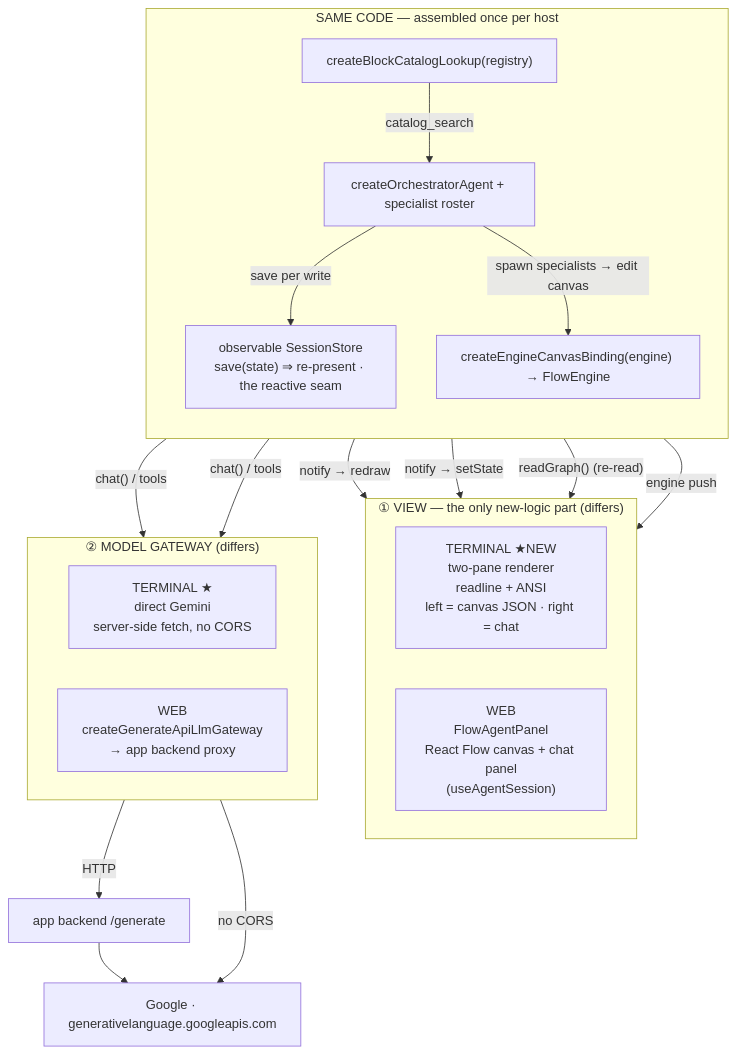
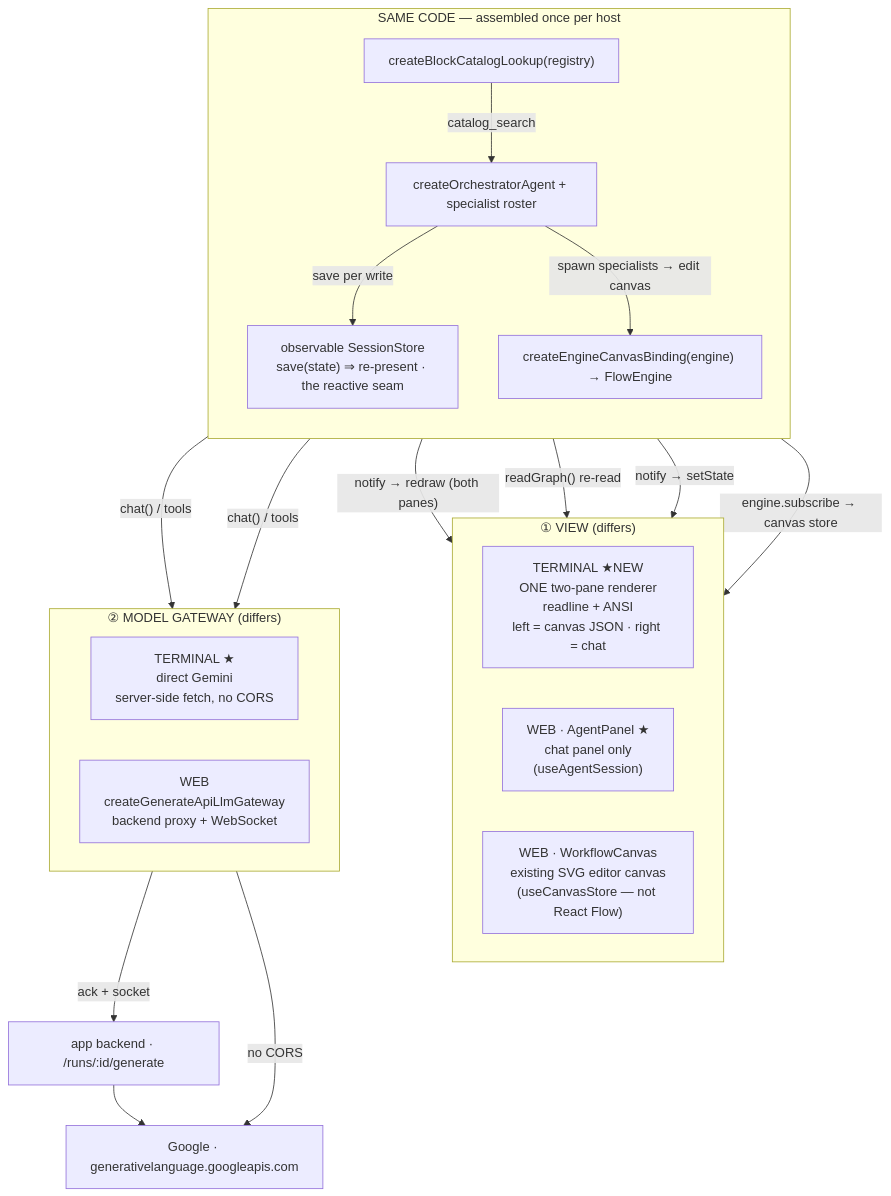
The first of 3 diagrams in docs/browser-agent/design/local-terminal.md (lemoncloud-io/eureka-flow), drawn with Mermaid before and after one commit. The commit also changed other lines of this file and 4 other files, not shown here.

First line of the commit message:
docs(agent): doc↔code accuracy pass for PR + local-terminal diagrams

````diff
--- a/docs/browser-agent/design/local-terminal.md
+++ b/docs/browser-agent/design/local-terminal.md
@@ -98,37 +102,38 @@
 ```mermaid
 flowchart TB
-  subgraph view["① VIEW — the only new-logic part (differs)"]
+  subgraph view["① VIEW (differs)"]
     direction LR
-    TV["TERMINAL ★NEW<br/>two-pane renderer<br/>readline + ANSI<br/>left = canvas JSON · right = chat"]
-    WV["WEB<br/>FlowAgentPanel<br/>React Flow canvas + chat panel<br/>(useAgentSession)"]
+    TV["TERMINAL ★NEW<br/>ONE two-pane renderer<br/>readline + ANSI<br/>left = canvas JSON · right = chat"]
+    WCHAT["WEB · AgentPanel ★<br/>chat panel only<br/>(useAgentSession)"]
+    WCANVAS["WEB · WorkflowCanvas<br/>existing SVG editor canvas<br/>(useCanvasStore — not React Flow)"]
   end
 
   subgraph core["SAME CODE — assembled once per host"]
     direction TB
     STORE["observable SessionStore<br/>save(state) ⇒ re-present · the reactive seam"]
     ORCH["createOrchestratorAgent + specialist roster"]
     BIND["createEngineCanvasBinding(engine) → FlowEngine"]
     CAT["createBlockCatalogLookup(registry)"]
     CAT -- "catalog_search" --> ORCH
     ORCH -- "spawn specialists → edit canvas" --> BIND
     ORCH -- "save per write" --> STORE
   end
 
   subgraph gw["② MODEL GATEWAY (differs)"]
     direction LR
     TG["TERMINAL ★<br/>direct Gemini<br/>server-side fetch, no CORS"]
-    WG["WEB<br/>createGenerateApiLlmGateway<br/>→ app backend proxy"]
+    WG["WEB<br/>createGenerateApiLlmGateway<br/>backend proxy + WebSocket"]
   end
 
-  STORE -- "notify → redraw" --> TV
-  STORE -- "notify → setState" --> WV
-  BIND -- "readGraph() (re-read)" --> TV
-  BIND -- "engine push" --> WV
+  STORE -- "notify → redraw (both panes)" --> TV
+  BIND -- "readGraph() re-read" --> TV
+  STORE -- "notify → setState" --> WCHAT
+  BIND -- "engine.subscribe → canvas store" --> WCANVAS
 
   ORCH -- "chat() / tools" --> TG
   ORCH -- "chat() / tools" --> WG
 
   TG -- "no CORS" --> GEM["Google · generativelanguage.googleapis.com"]
-  WG -- "HTTP" --> PROXY["app backend /generate"]
+  WG -- "ack + socket" --> PROXY["app backend · /runs/:id/generate"]
   PROXY --> GEM
 ```
````
